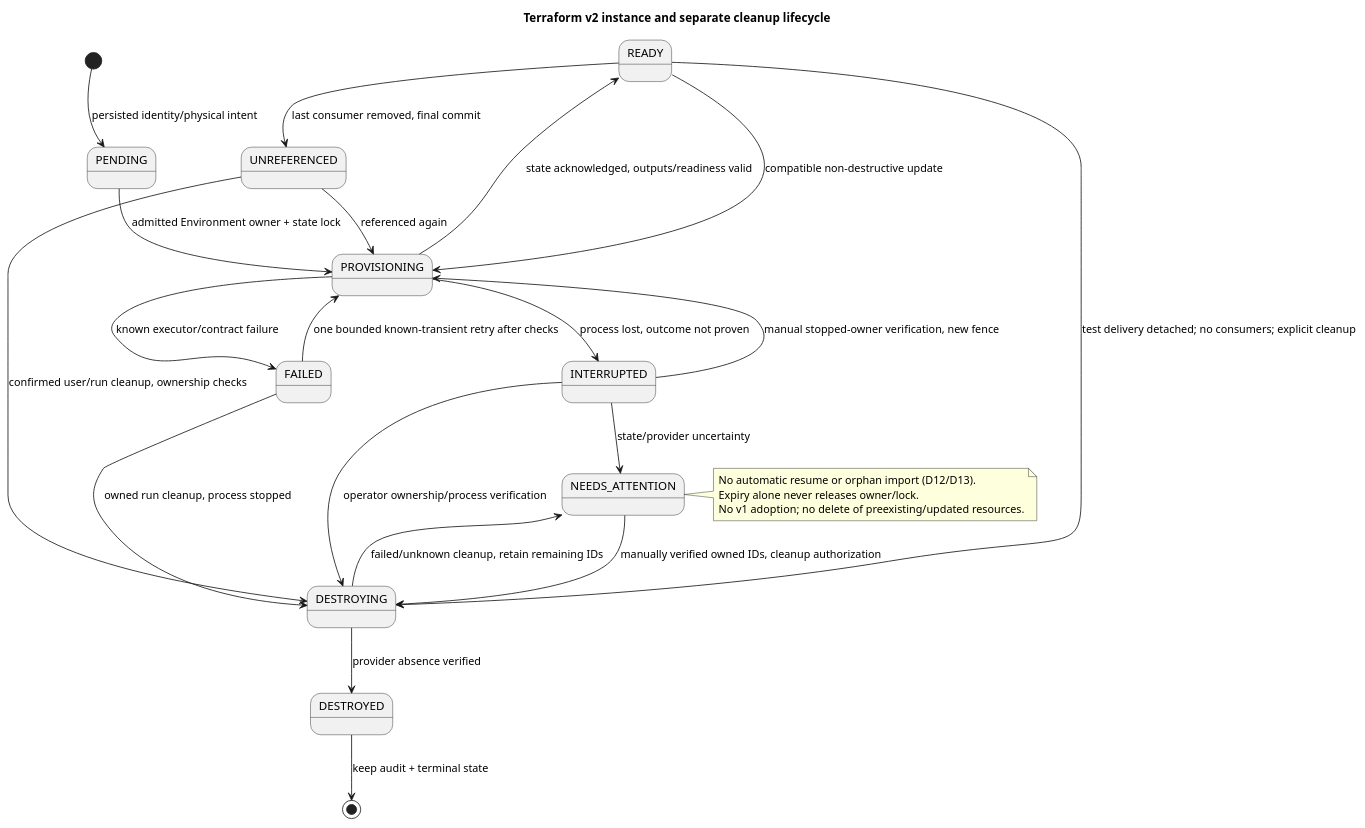
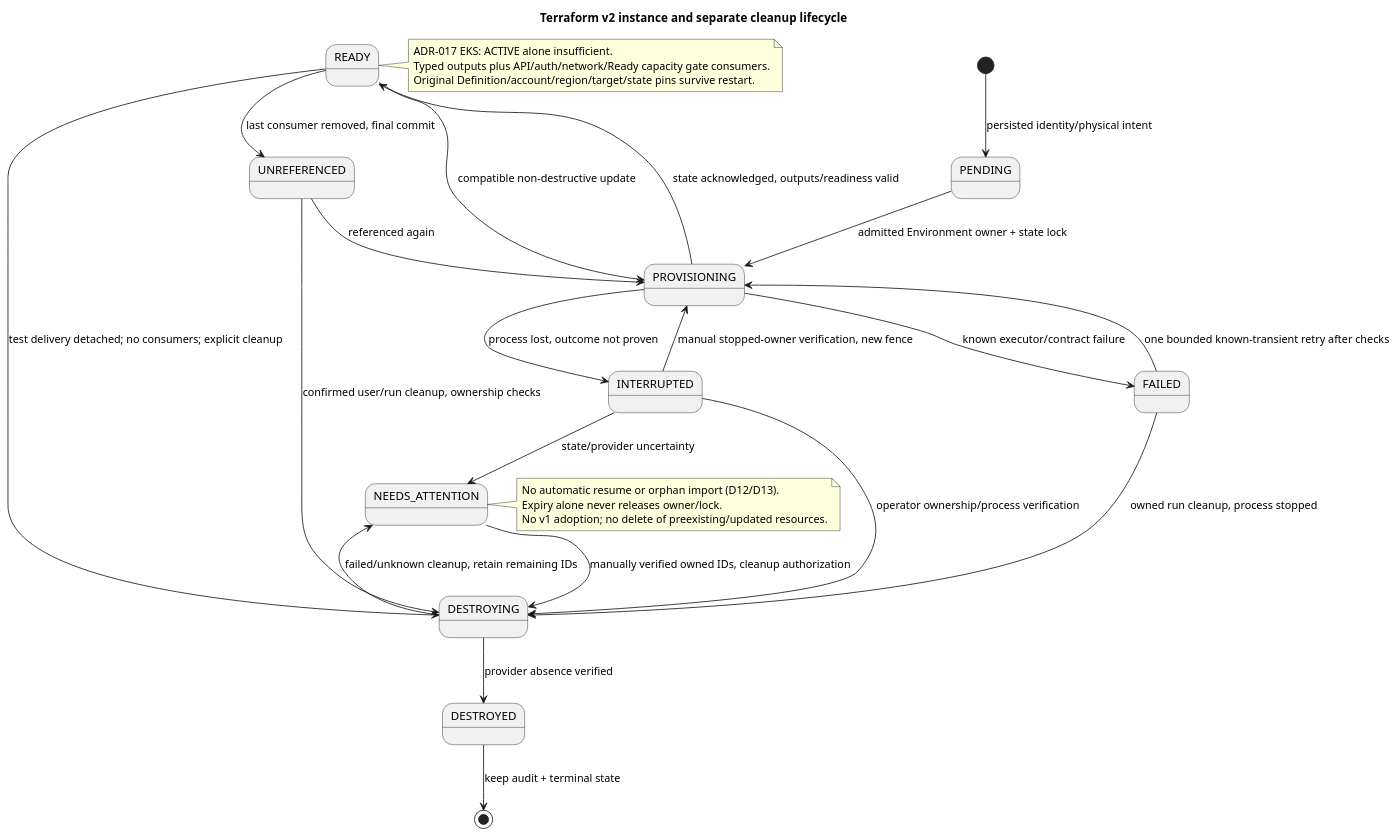
One commit to pr3s3nt/poc changed the diagram in orchestrator_docs/architecture/state-machines/terraform-instance.puml. Above: the diagram before and after it, drawn with PlantUML. The commit also changed 126 other files, not shown here.

First line of the commit message:
Complete V04 dependency graph and full-app acceptance

```diff
--- a/orchestrator_docs/architecture/state-machines/terraform-instance.puml
+++ b/orchestrator_docs/architecture/state-machines/terraform-instance.puml
@@ -1,27 +1,32 @@
 @startuml
 title Terraform v2 instance and separate cleanup lifecycle
 [*] --> PENDING : persisted identity/physical intent
 PENDING --> PROVISIONING : admitted Environment owner + state lock
 PROVISIONING --> READY : state acknowledged, outputs/readiness valid
 PROVISIONING --> FAILED : known executor/contract failure
 FAILED --> PROVISIONING : one bounded known-transient retry after checks
 PROVISIONING --> INTERRUPTED : process lost, outcome not proven
 INTERRUPTED --> NEEDS_ATTENTION : state/provider uncertainty
 INTERRUPTED --> PROVISIONING : manual stopped-owner verification, new fence
 READY --> PROVISIONING : compatible non-destructive update
 READY --> UNREFERENCED : last consumer removed, final commit
 UNREFERENCED --> PROVISIONING : referenced again
 UNREFERENCED --> DESTROYING : confirmed user/run cleanup, ownership checks
 FAILED --> DESTROYING : owned run cleanup, process stopped
 INTERRUPTED --> DESTROYING : operator ownership/process verification
 NEEDS_ATTENTION --> DESTROYING : manually verified owned IDs, cleanup authorization
 READY --> DESTROYING : test delivery detached; no consumers; explicit cleanup
 DESTROYING --> DESTROYED : provider absence verified
 DESTROYING --> NEEDS_ATTENTION : failed/unknown cleanup, retain remaining IDs
 DESTROYED --> [*] : keep audit + terminal state
 note right of NEEDS_ATTENTION
 No automatic resume or orphan import (D12/D13).
 Expiry alone never releases owner/lock.
 No v1 adoption; no delete of preexisting/updated resources.
 end note
+note right of READY
+ADR-017 EKS: ACTIVE alone insufficient.
+Typed outputs plus API/auth/network/Ready capacity gate consumers.
+Original Definition/account/region/target/state pins survive restart.
+end note
 @enduml
```
